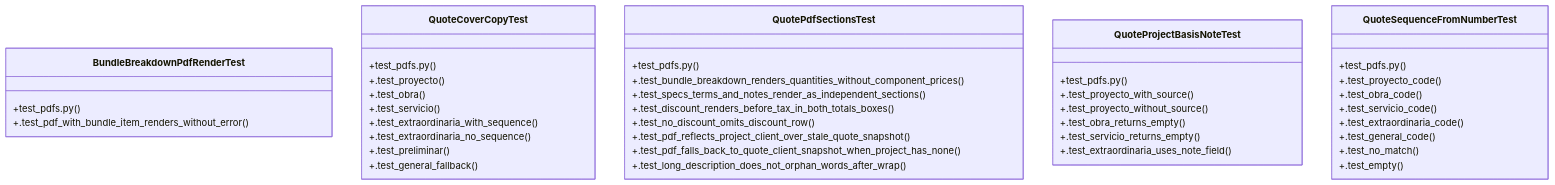
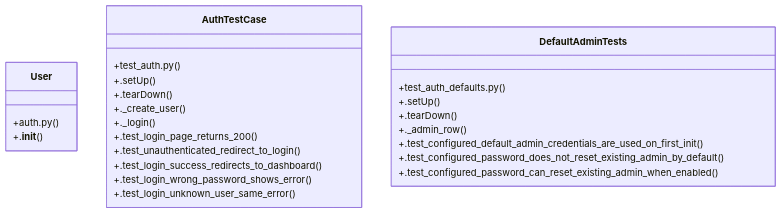
One commit to Daftrick/ProjectTracker changed the diagram in graphify-out/wiki/Community_8.md. Above: the diagram before and after it, drawn with Mermaid. The commit also changed other lines of this file and 471 other files, not shown here.

````diff
--- a/graphify-out/wiki/Community_8.md
+++ b/graphify-out/wiki/Community_8.md
@@ -36,45 +36,28 @@
 ```mermaid
 classDiagram
-    class BundleBreakdownPdfRenderTest {
-        +test_pdfs.py()
-        +.test_pdf_with_bundle_item_renders_without_error()
+    class User {
+        +auth.py()
+        +.__init__()
     }
-    class QuoteCoverCopyTest {
-        +test_pdfs.py()
-        +.test_proyecto()
-        +.test_obra()
-        +.test_servicio()
-        +.test_extraordinaria_with_sequence()
-        +.test_extraordinaria_no_sequence()
-        +.test_preliminar()
-        +.test_general_fallback()
+    class AuthTestCase {
+        +test_auth.py()
+        +.setUp()
+        +.tearDown()
+        +._create_user()
+        +._login()
+        +.test_login_page_returns_200()
+        +.test_unauthenticated_redirect_to_login()
+        +.test_login_success_redirects_to_dashboard()
+        +.test_login_wrong_password_shows_error()
+        +.test_login_unknown_user_same_error()
     }
-    class QuotePdfSectionsTest {
-        +test_pdfs.py()
-        +.test_bundle_breakdown_renders_quantities_without_component_prices()
-        +.test_specs_terms_and_notes_render_as_independent_sections()
-        +.test_discount_renders_before_tax_in_both_totals_boxes()
-        +.test_no_discount_omits_discount_row()
-        +.test_pdf_reflects_project_client_over_stale_quote_snapshot()
-        +.test_pdf_falls_back_to_quote_client_snapshot_when_project_has_none()
-        +.test_long_description_does_not_orphan_words_after_wrap()
-    }
-    class QuoteProjectBasisNoteTest {
-        +test_pdfs.py()
-        +.test_proyecto_with_source()
-        +.test_proyecto_without_source()
-        +.test_obra_returns_empty()
-        +.test_servicio_returns_empty()
-        +.test_extraordinaria_uses_note_field()
-    }
-    class QuoteSequenceFromNumberTest {
-        +test_pdfs.py()
-        +.test_proyecto_code()
-        +.test_obra_code()
-        +.test_servicio_code()
-        +.test_extraordinaria_code()
-        +.test_general_code()
-        +.test_no_match()
-        +.test_empty()
+    class DefaultAdminTests {
+        +test_auth_defaults.py()
+        +.setUp()
+        +.tearDown()
+        +._admin_row()
+        +.test_configured_default_admin_credentials_are_used_on_first_init()
+        +.test_configured_password_does_not_reset_existing_admin_by_default()
+        +.test_configured_password_can_reset_existing_admin_when_enabled()
     }
 ```
````
